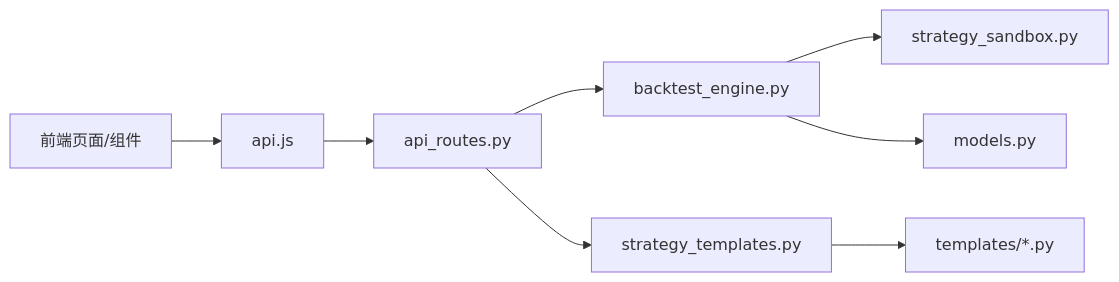
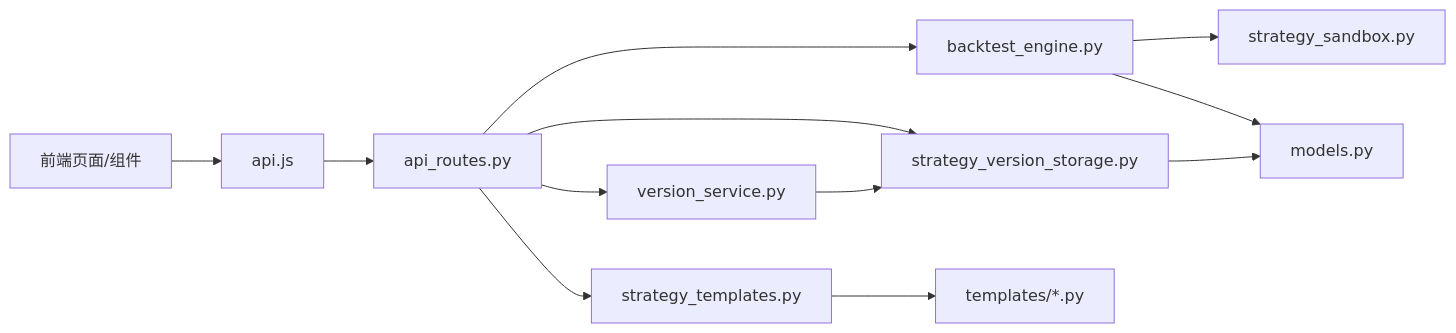
One commit to faryhuo/backtrader changed the ninth of 9 diagrams in .qoder/repowiki/zh/content/核心功能详解/策略开发与管理.md. Above: the diagram before and after it, drawn with Mermaid. The commit also changed other lines of this file and 1 other file, not shown here.

````diff
--- a/.qoder/repowiki/zh/content/核心功能详解/策略开发与管理.md
+++ b/.qoder/repowiki/zh/content/核心功能详解/策略开发与管理.md
@@ -325,10 +469,14 @@
 ```mermaid
 graph LR
 FE["前端页面/组件"] --> API["api.js"]
 API --> RT["api_routes.py"]
 RT --> BE["backtest_engine.py"]
 RT --> TS["strategy_templates.py"]
+RT --> VS["version_service.py"]
+RT --> SVS["strategy_version_storage.py"]
 BE --> SS["strategy_sandbox.py"]
 BE --> DB["models.py"]
 TS --> RES["templates/*.py"]
+VS --> SVS
+SVS --> DB
 ```
````
